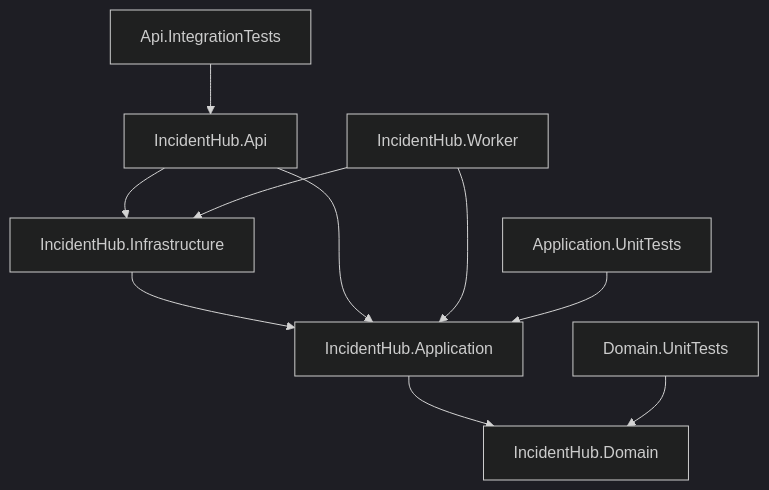
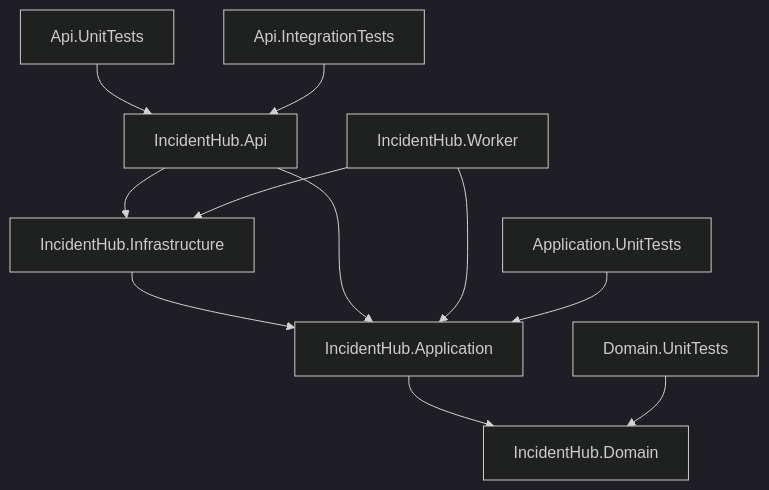
Before and after one commit to milkstard/SIMD_BE: the diagram in .claude/specs/solution-layout.md, drawn with Mermaid (dark theme). The commit also changed other lines of this file and 70 other files, not shown here.

````diff
--- a/.claude/specs/solution-layout.md
+++ b/.claude/specs/solution-layout.md
@@ -52,13 +53,14 @@
 ```mermaid
 graph TD
   Domain[IncidentHub.Domain]
   App[IncidentHub.Application] --> Domain
   Infra[IncidentHub.Infrastructure] --> App
   Api[IncidentHub.Api] --> App
   Api --> Infra
   Worker[IncidentHub.Worker] --> App
   Worker --> Infra
   DUT[Domain.UnitTests] --> Domain
   AUT[Application.UnitTests] --> App
+  APUT[Api.UnitTests] --> Api
   AIT[Api.IntegrationTests] --> Api
 ```
````
